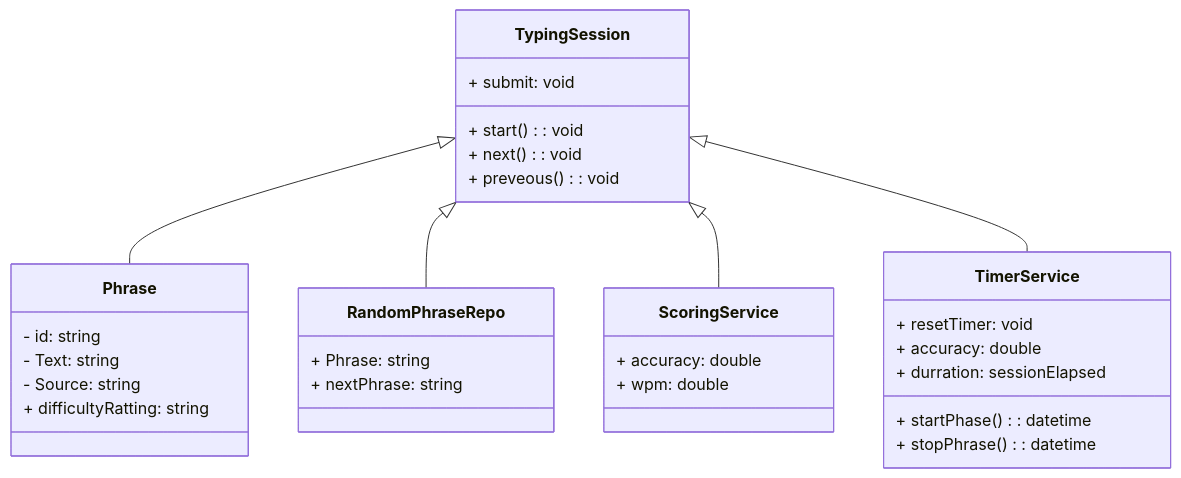
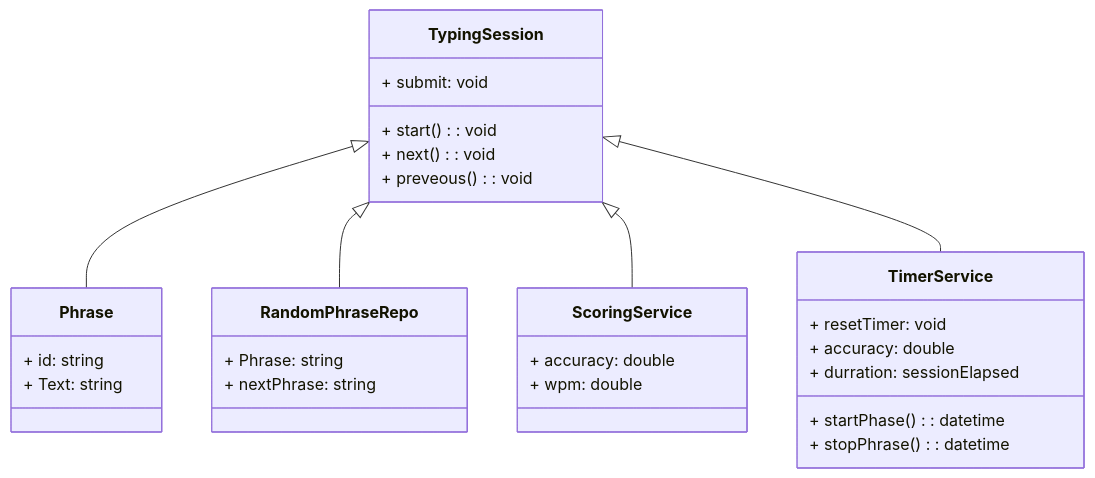
Before and after one commit to zigglethorp/tippitytappity-design: the diagram in README.md, drawn with Mermaid.

Commit message:
Update README.md
minor changes / formatting

````diff
--- a/README.md
+++ b/README.md
@@ -8,36 +8,34 @@
 ```mermaid
 classDiagram
   TypingSession <|-- Phrase
   class Phrase{
-        - id: string
-        - Text: string
-        - Source: string
-        + difficultyRatting: string
+        + id: string
+        + Text: string
   }
   TypingSession <|-- RandomPhraseRepo
   class RandomPhraseRepo{
         + Phrase: string
         + nextPhrase: string
 }
   TypingSession <|-- ScoringService
   class ScoringService{
         + accuracy: double
         + wpm: double
   }
   TypingSession <|-- TimerService
   class TimerService{
         + startPhase(): datetime
         + stopPhrase(): datetime
         + resetTimer: void 
         + accuracy: double
         + durration: sessionElapsed
   }
 
   class TypingSession{
         + start(): void
         + submit: void
         + next(): void
         + preveous(): void
   }
 
 ```
````
